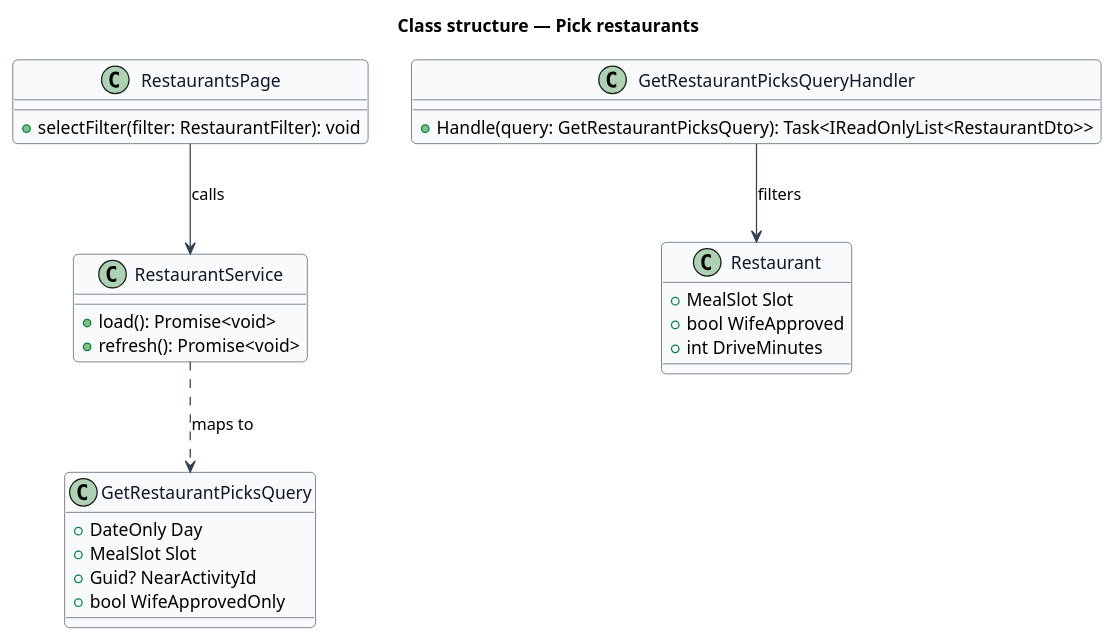
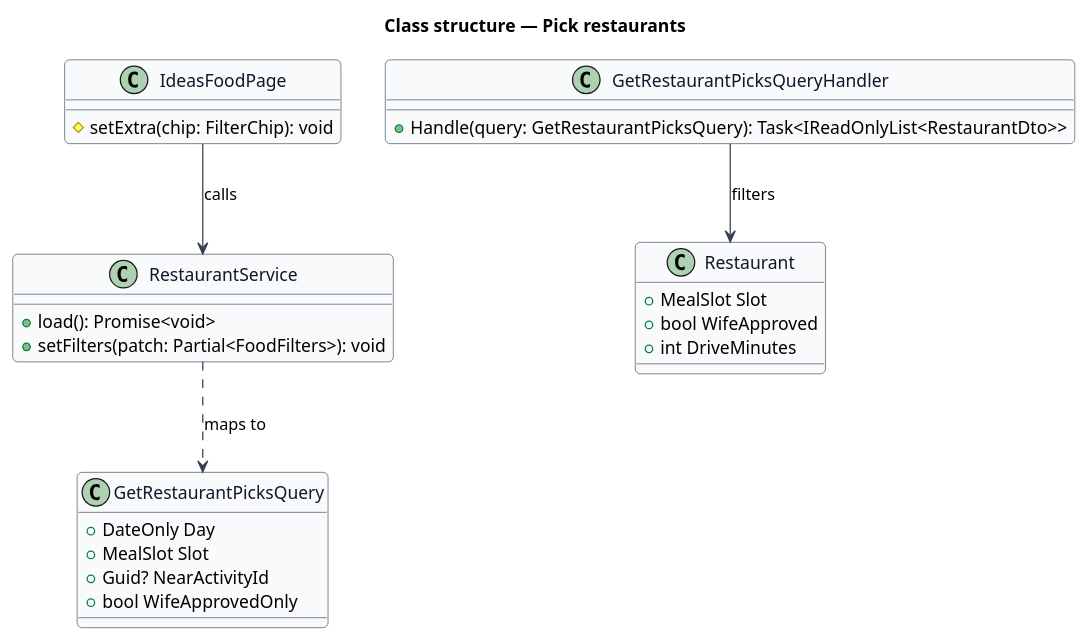
The diagram in docs/detailed-designs/discovery/pick-restaurants/diagrams/class-structure.puml (QuinntyneBrown/saturdaze), drawn with PlantUML before and after one commit. The commit also changed 208 other files, not shown here.

```diff
--- a/docs/detailed-designs/discovery/pick-restaurants/diagrams/class-structure.puml
+++ b/docs/detailed-designs/discovery/pick-restaurants/diagrams/class-structure.puml
@@ -1,38 +1,38 @@
 @startuml
 skinparam backgroundColor #FFFFFF
 skinparam shadowing false
 skinparam roundcorner 8
 skinparam defaultFontName Arial
 skinparam ArrowColor #344054
 skinparam class {
   BorderColor #344054
   FontColor #101828
   BackgroundColor #F9FAFB
 }
 title Class structure — Pick restaurants
 
-class RestaurantsPage {
-  +selectFilter(filter: RestaurantFilter): void
+class IdeasFoodPage {
+  #setExtra(chip: FilterChip): void
 }
 class RestaurantService {
   +load(): Promise<void>
-  +refresh(): Promise<void>
+  +setFilters(patch: Partial<FoodFilters>): void
 }
 class GetRestaurantPicksQuery {
   +DateOnly Day
   +MealSlot Slot
   +Guid? NearActivityId
   +bool WifeApprovedOnly
 }
 class GetRestaurantPicksQueryHandler {
   +Handle(query: GetRestaurantPicksQuery): Task<IReadOnlyList<RestaurantDto>>
 }
 class Restaurant {
   +MealSlot Slot
   +bool WifeApproved
   +int DriveMinutes
 }
-RestaurantsPage --> RestaurantService : calls
+IdeasFoodPage --> RestaurantService : calls
 RestaurantService ..> GetRestaurantPicksQuery : maps to
 GetRestaurantPicksQueryHandler --> Restaurant : filters
 @enduml
```
